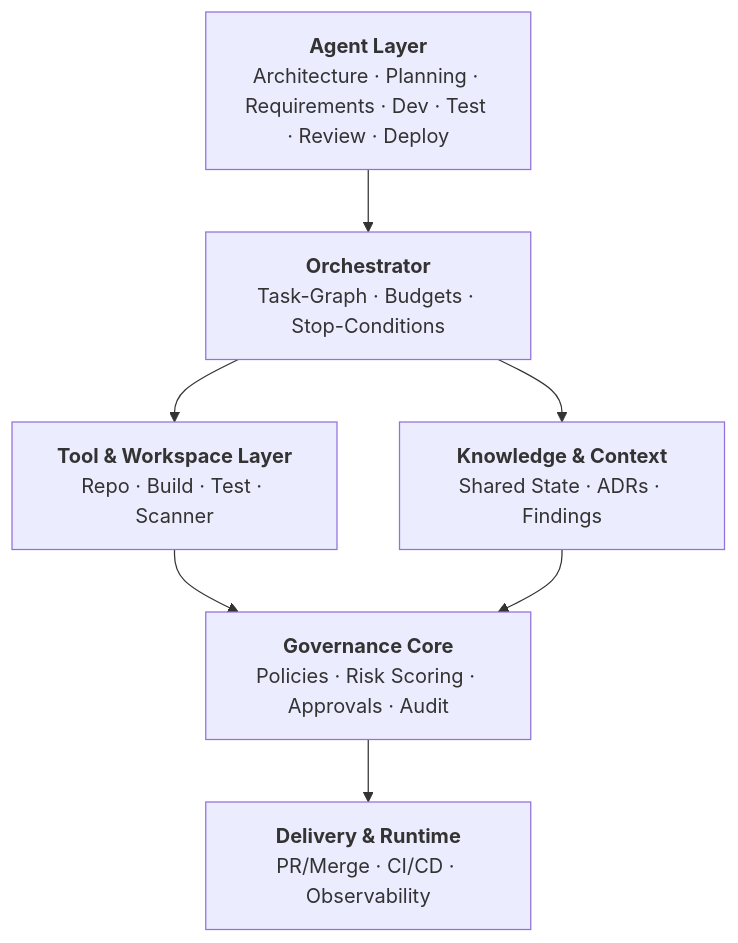
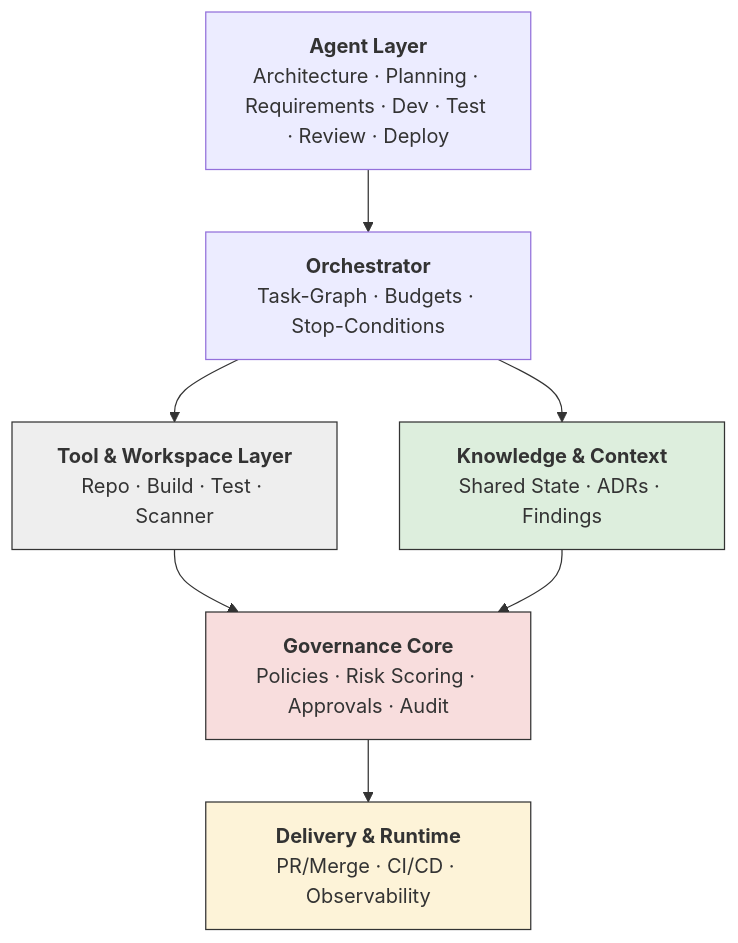
The diagram in abbildungen/abb04.mmd (mjanda0815/agentic-publikation), drawn with Mermaid before and after one commit. The commit also changed 62 other files, not shown here.

```diff
--- a/abbildungen/abb04.mmd
+++ b/abbildungen/abb04.mmd
@@ -1,13 +1,21 @@
 flowchart TB
     AL["<b>Agent Layer</b><br/>Architecture · Planning · Requirements · Dev · Test · Review · Deploy"]
     ORCH["<b>Orchestrator</b><br/>Task-Graph · Budgets · Stop-Conditions"]
     TWL["<b>Tool & Workspace Layer</b><br/>Repo · Build · Test · Scanner"]
     KC["<b>Knowledge & Context</b><br/>Shared State · ADRs · Findings"]
     GOV["<b>Governance Core</b><br/>Policies · Risk Scoring · Approvals · Audit"]
     DR["<b>Delivery & Runtime</b><br/>PR/Merge · CI/CD · Observability"]
     AL --> ORCH
     ORCH --> TWL
     ORCH --> KC
     TWL --> GOV
     KC --> GOV
     GOV --> DR
+    classDef gov fill:#f8dddd,stroke:#333333
+    classDef wissen fill:#ddeedd,stroke:#333333
+    classDef infra fill:#eeeeee,stroke:#333333
+    classDef deliv fill:#fdf3d8,stroke:#333333
+    class GOV gov
+    class KC wissen
+    class TWL infra
+    class DR deliv
```
